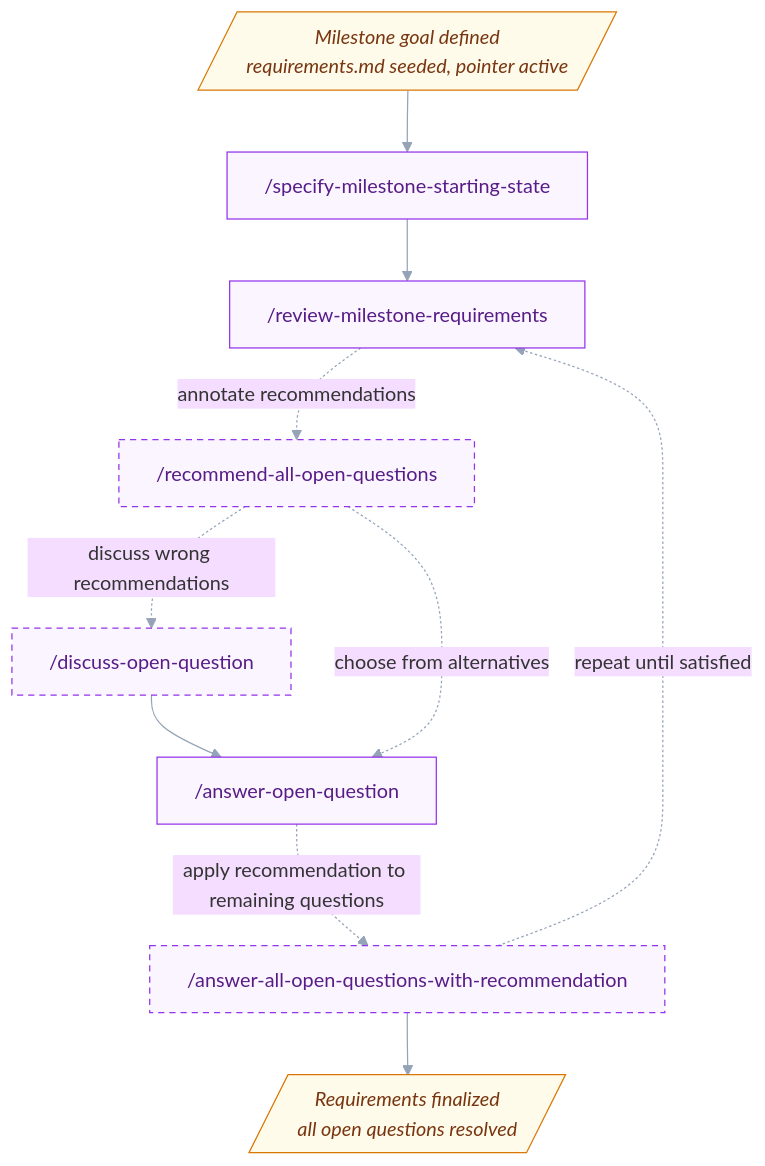
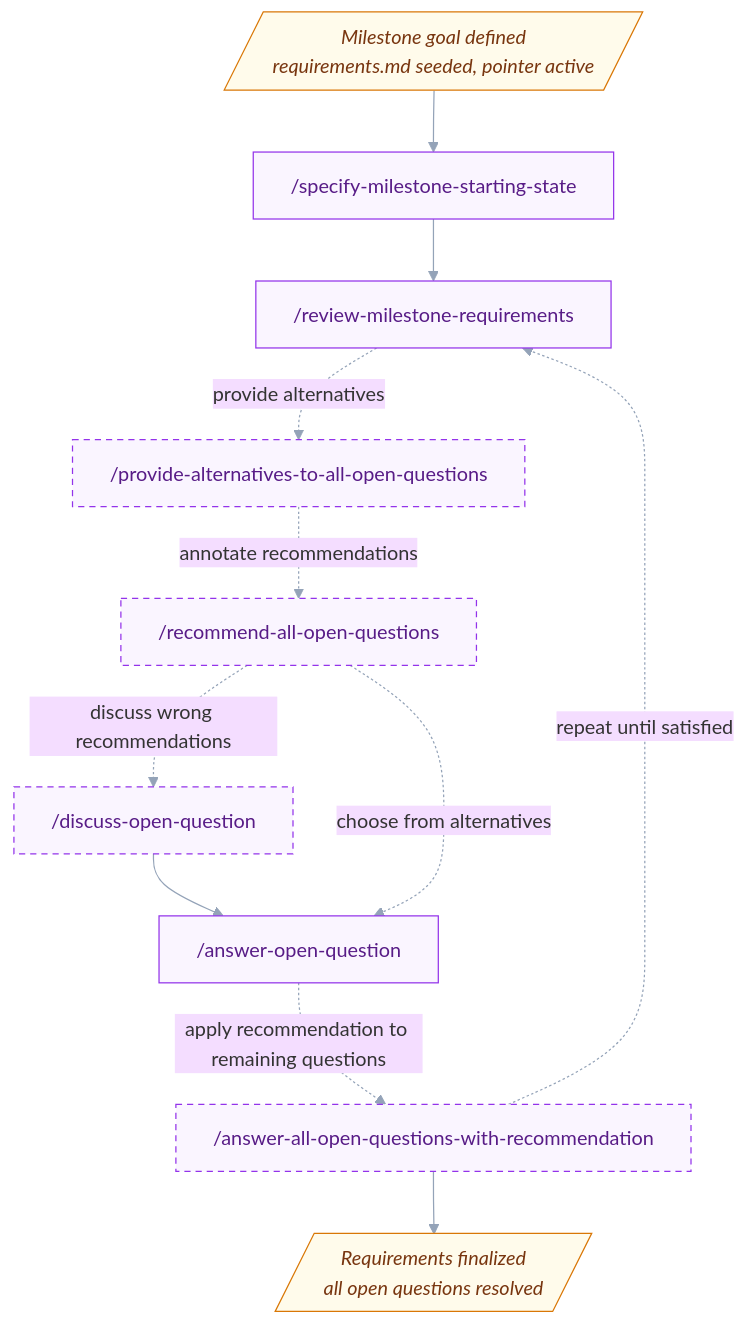
Before and after one commit to uHappyLogic/cairn: the third of 6 diagrams in docs/workflow.md, drawn with Mermaid. The commit also changed other lines of this file and 4 other files, not shown here.

````diff
--- a/docs/workflow.md
+++ b/docs/workflow.md
@@ -57,31 +57,33 @@
 ```mermaid
 %%{init: {'theme':'base','themeVariables':{'fontFamily':'ui-sans-serif, system-ui','lineColor':'#94a3b8','primaryBorderColor':'#475569'},'flowchart':{'wrappingWidth':9999,'curve':'basis'}}}%%
 flowchart TD
     D1[/"Milestone goal defined<br/>requirements.md seeded, pointer active"/]
     ITM0["/specify-milestone-starting-state"]
     ITM1["/review-milestone-requirements"]
+    ITM2["/provide-alternatives-to-all-open-questions"]
     ITM3["/discuss-open-question"]
     ITM4["/answer-open-question"]
     ITM5["/recommend-all-open-questions"]
     ITM8["/answer-all-open-questions-with-recommendation"]
     D2[/"Requirements finalized<br/>all open questions resolved"/]
 
     D1 --> ITM0 --> ITM1
 
-    ITM1 -.->|annotate recommendations| ITM5
+    ITM1 -.->|provide alternatives| ITM2
+    ITM2 -.->|annotate recommendations| ITM5
     ITM5 -.->|discuss wrong recommendations| ITM3 --> ITM4
     ITM5 -.->|choose from alternatives| ITM4
 
     ITM4 -.->|apply recommendation to remaining questions| ITM8
 
     ITM8 -.->|repeat until satisfied| ITM1
 
     ITM8 --> D2
 
     classDef req fill:#faf5ff,stroke:#9333ea,color:#581c87;
     classDef optional stroke-dasharray:5 4;
     classDef state fill:#fffbeb,stroke:#d97706,color:#78350f,font-style:italic;
-    class ITM0,ITM1,ITM3,ITM4,ITM5,ITM6,ITM7,ITM8 req;
-    class ITM3,ITM5,ITM8 optional;
+    class ITM0,ITM1,ITM2,ITM3,ITM4,ITM5,ITM8 req;
+    class ITM2,ITM3,ITM5,ITM8 optional;
     class D1,D2 state;
 ```
````
